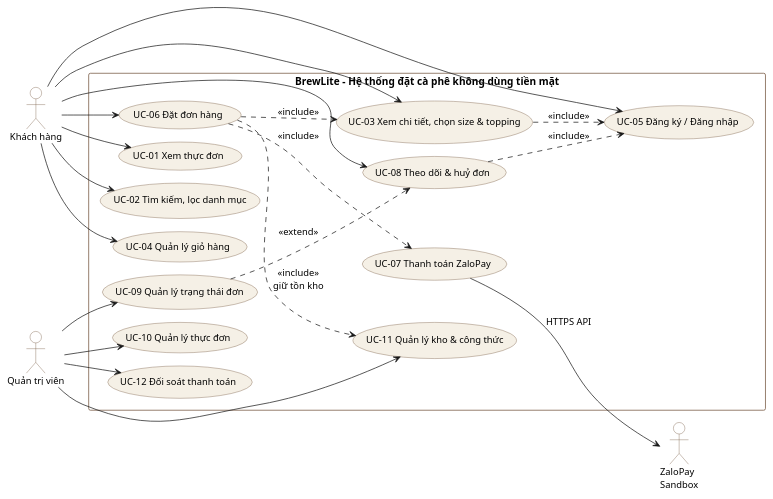
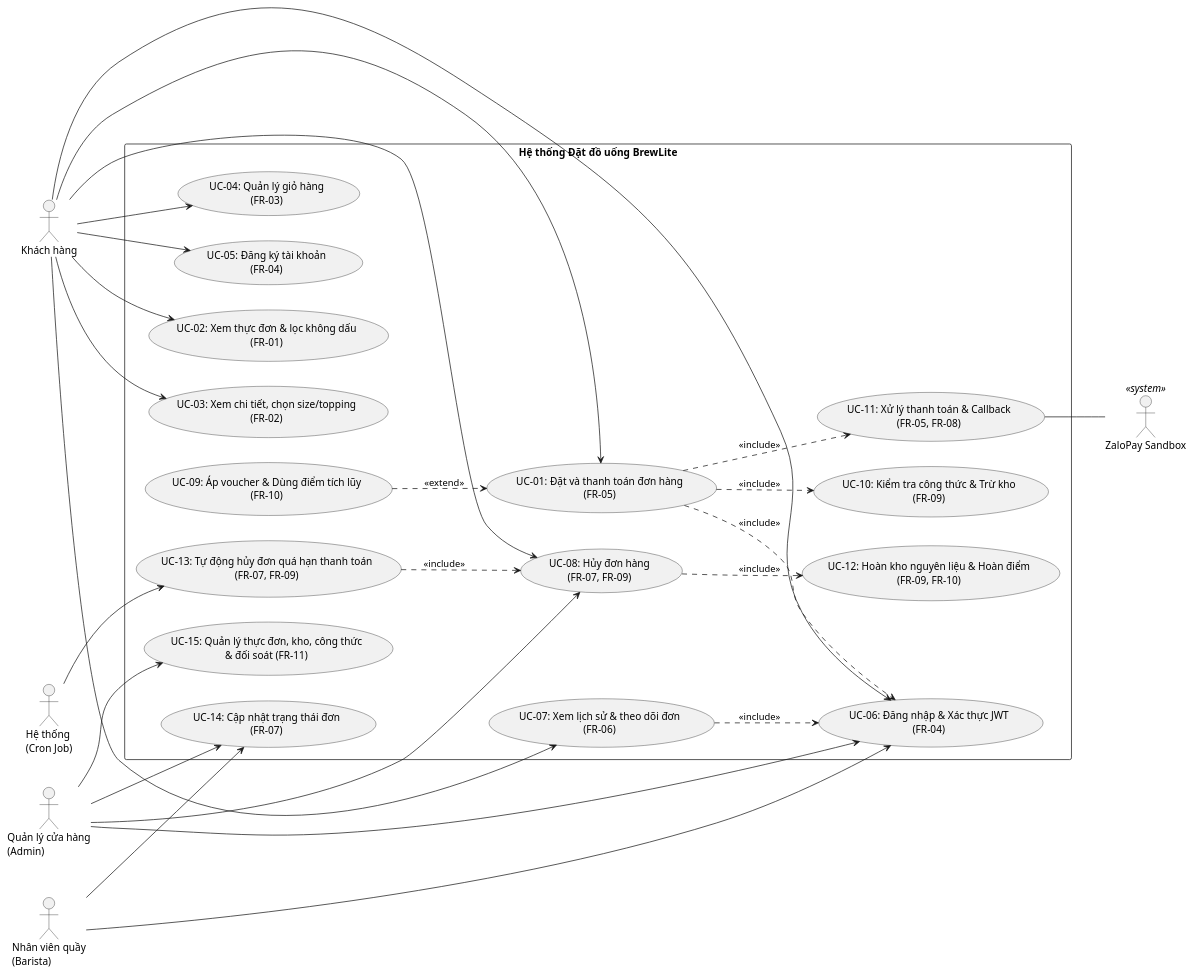
One commit to Call-MeK/BrewLite_assignment_2 changed the diagram in docs/diagrams/usecase-overall.puml. Above: the diagram before and after it, drawn with PlantUML. The commit also changed 24 other files, not shown here.

```diff
--- a/docs/diagrams/usecase-overall.puml
+++ b/docs/diagrams/usecase-overall.puml
@@ -1,64 +1,58 @@
 @startuml usecase-overall
 left to right direction
 skinparam packageStyle rectangle
-skinparam shadowing false
-skinparam defaultFontName Arial
-skinparam defaultFontSize 13
-skinparam nodesep 18
-skinparam ranksep 34
-skinparam usecase {
-  BackgroundColor #F5F0E6
-  BorderColor #6F4E37
-  FontSize 13
-}
-skinparam actor {
-  BackgroundColor #FFFFFF
-  BorderColor #6F4E37
-}
-skinparam rectangle {
-  BorderColor #6F4E37
-  BackgroundColor #FFFFFF
-  FontSize 14
+
+actor "Khách hàng" as Customer
+actor "Nhân viên quầy\n(Barista)" as Barista
+actor "Quản lý cửa hàng\n(Admin)" as Admin
+actor "Hệ thống\n(Cron Job)" as System
+actor "ZaloPay Sandbox" as ZaloPay <<system>>
+
+rectangle "Hệ thống Đặt đồ uống BrewLite" {
+  usecase "UC-01: Đặt và thanh toán đơn hàng\n(FR-05)" as UC01
+  usecase "UC-02: Xem thực đơn & lọc không dấu\n(FR-01)" as UC02
+  usecase "UC-03: Xem chi tiết, chọn size/topping\n(FR-02)" as UC03
+  usecase "UC-04: Quản lý giỏ hàng\n(FR-03)" as UC04
+  usecase "UC-05: Đăng ký tài khoản\n(FR-04)" as UC05
+  usecase "UC-06: Đăng nhập & Xác thực JWT\n(FR-04)" as UC06
+  usecase "UC-07: Xem lịch sử & theo dõi đơn\n(FR-06)" as UC07
+  usecase "UC-08: Hủy đơn hàng\n(FR-07, FR-09)" as UC08
+  usecase "UC-09: Áp voucher & Dùng điểm tích lũy\n(FR-10)" as UC09
+  usecase "UC-10: Kiểm tra công thức & Trừ kho\n(FR-09)" as UC10
+  usecase "UC-11: Xử lý thanh toán & Callback\n(FR-05, FR-08)" as UC11
+  usecase "UC-12: Hoàn kho nguyên liệu & Hoàn điểm\n(FR-09, FR-10)" as UC12
+  usecase "UC-13: Tự động hủy đơn quá hạn thanh toán\n(FR-07, FR-09)" as UC13
+  usecase "UC-14: Cập nhật trạng thái đơn\n(FR-07)" as UC14
+  usecase "UC-15: Quản lý thực đơn, kho, công thức\n& đối soát (FR-11)" as UC15
 }
 
-actor "Khách hàng" as Customer
-actor "Quản trị viên" as Admin
-actor "ZaloPay\nSandbox" as ZLP
-
-rectangle "BrewLite - Hệ thống đặt cà phê không dùng tiền mặt" {
-  usecase "UC-01 Xem thực đơn" as UC01
-  usecase "UC-02 Tìm kiếm, lọc danh mục" as UC02
-  usecase "UC-03 Xem chi tiết, chọn size & topping" as UC03
-  usecase "UC-04 Quản lý giỏ hàng" as UC04
-  usecase "UC-05 Đăng ký / Đăng nhập" as UC05
-  usecase "UC-06 Đặt đơn hàng" as UC06
-  usecase "UC-07 Thanh toán ZaloPay" as UC07
-  usecase "UC-08 Theo dõi & huỷ đơn" as UC08
-  usecase "UC-09 Quản lý trạng thái đơn" as UC09
-  usecase "UC-10 Quản lý thực đơn" as UC10
-  usecase "UC-11 Quản lý kho & công thức" as UC11
-  usecase "UC-12 Đối soát thanh toán" as UC12
-}
-
-Customer --> UC01
 Customer --> UC02
 Customer --> UC03
 Customer --> UC04
 Customer --> UC05
 Customer --> UC06
+Customer --> UC01
+Customer --> UC07
 Customer --> UC08
 
-Admin --> UC09
-Admin --> UC10
-Admin --> UC11
-Admin --> UC12
+Barista --> UC06
+Barista --> UC14
 
-UC03 ..> UC05 : <<include>>
-UC06 ..> UC03 : <<include>>
-UC06 ..> UC11 : <<include>>\ngiữ tồn kho
-UC06 ..> UC07 : <<include>>
-UC07 --> ZLP : HTTPS API
-UC08 ..> UC05 : <<include>>
-UC09 ..> UC08 : <<extend>>
+Admin --> UC06
+Admin --> UC14
+Admin --> UC08
+Admin --> UC15
 
+System --> UC13
+
+UC01 ..> UC06 : <<include>>
+UC01 ..> UC10 : <<include>>
+UC01 ..> UC11 : <<include>>
+UC09 ..> UC01 : <<extend>>
+
+UC07 ..> UC06 : <<include>>
+UC08 ..> UC12 : <<include>>
+UC13 ..> UC08 : <<include>>
+
+UC11 -- ZaloPay
 @enduml
```
